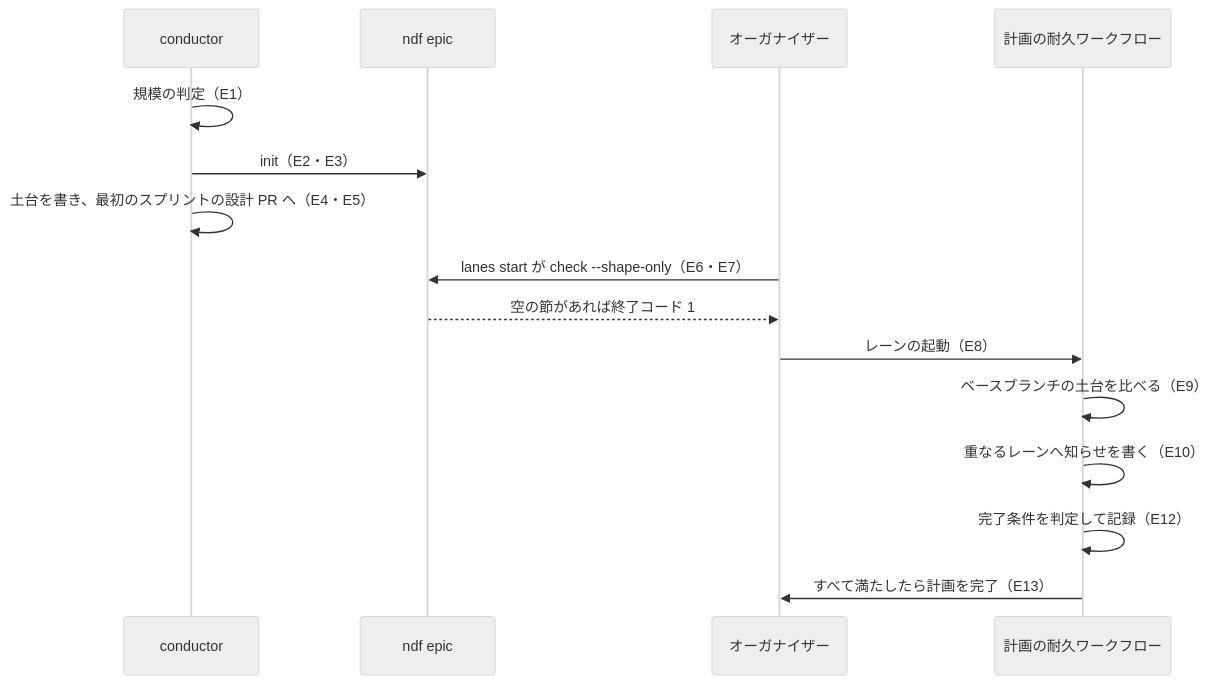
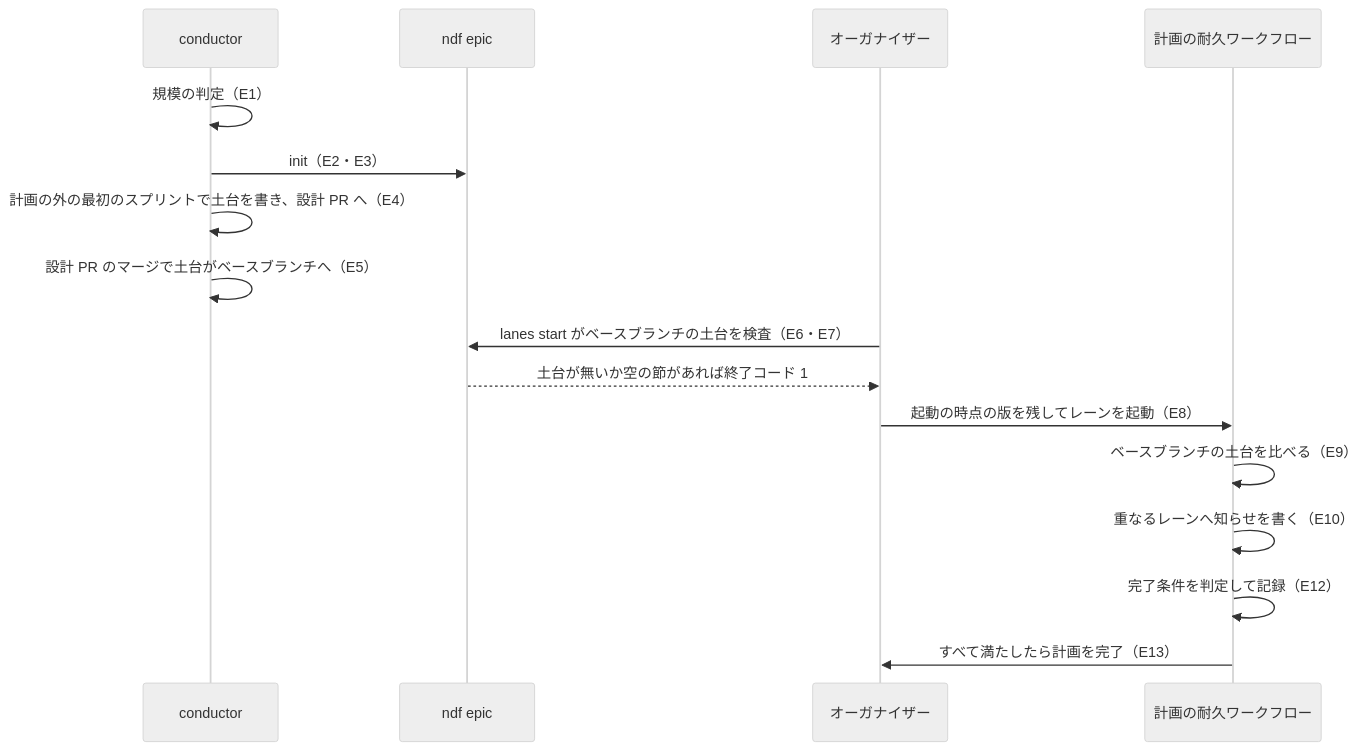
One commit to devbasex/ai-plugins changed the fourth of 5 diagrams in issues/issue-3600-design.md. Above: the diagram before and after it, drawn with Mermaid (neutral theme). The commit also changed other lines of this file and 2 other files, not shown here.

````diff
--- a/issues/issue-3600-design.md
+++ b/issues/issue-3600-design.md
@@ -363,17 +406,18 @@
 ```mermaid
 sequenceDiagram
     participant C as conductor
     participant E as ndf epic
     participant O as オーガナイザー
     participant W as 計画の耐久ワークフロー
     C->>C: 規模の判定（E1）
     C->>E: init（E2・E3）
-    C->>C: 土台を書き、最初のスプリントの設計 PR へ（E4・E5）
-    O->>E: lanes start が check --shape-only（E6・E7）
-    E-->>O: 空の節があれば終了コード 1
-    O->>W: レーンの起動（E8）
+    C->>C: 計画の外の最初のスプリントで土台を書き、設計 PR へ（E4）
+    C->>C: 設計 PR のマージで土台がベースブランチへ（E5）
+    O->>E: lanes start がベースブランチの土台を検査（E6・E7）
+    E-->>O: 土台が無いか空の節があれば終了コード 1
+    O->>W: 起動の時点の版を残してレーンを起動（E8）
     W->>W: ベースブランチの土台を比べる（E9）
     W->>W: 重なるレーンへ知らせを書く（E10）
     W->>W: 完了条件を判定して記録（E12）
     W->>O: すべて満たしたら計画を完了（E13）
 ```
````
